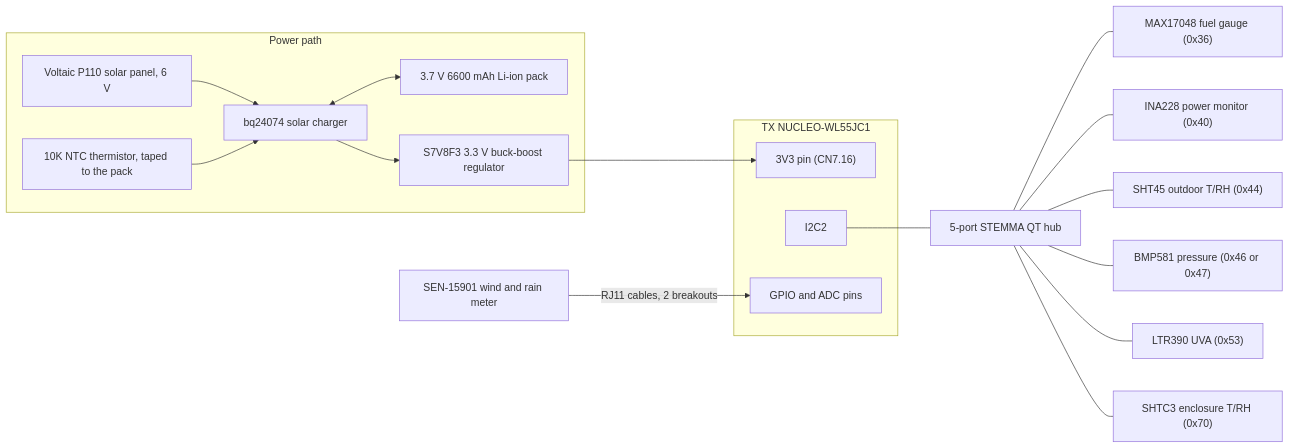
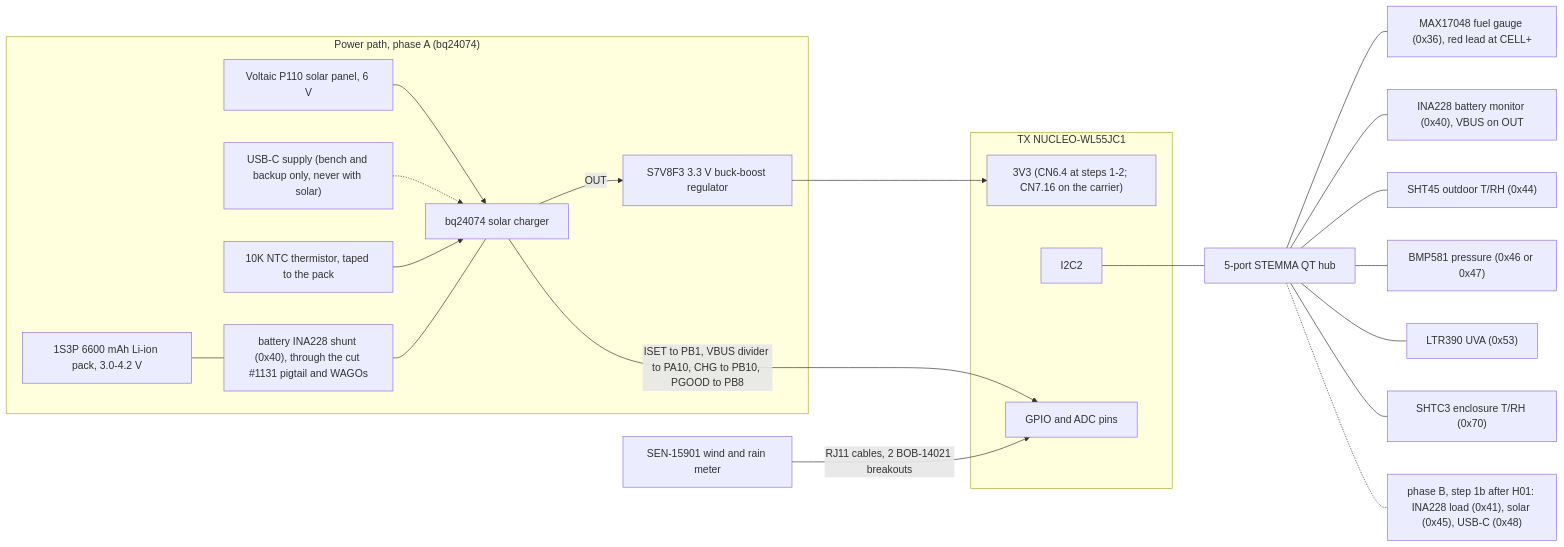
The diagram in docs/poc-shopping-list.md (clintecker/weather-station-2026), drawn with Mermaid before and after one commit. The commit also changed other lines of this file and 303 other files, not shown here.

````diff
--- a/docs/poc-shopping-list.md
+++ b/docs/poc-shopping-list.md
@@ -7,23 +12,27 @@
 ```mermaid
 flowchart LR
-  subgraph POWER["Power path"]
+  subgraph POWER["Power path, phase A (bq24074)"]
     PANEL["Voltaic P110 solar panel, 6 V"] --> CHG["bq24074 solar charger"]
+    USBC["USB-C supply (bench and backup only, never with solar)"] -.-> CHG
     NTC["10K NTC thermistor, taped to the pack"] --> CHG
-    CHG <--> BATT["3.7 V 6600 mAh Li-ion pack"]
-    CHG --> REG["S7V8F3 3.3 V buck-boost regulator"]
+    BATT["1S3P 6600 mAh Li-ion pack, 3.0-4.2 V"] --- SHUNT["battery INA228 shunt (0x40), through the cut #1131 pigtail and WAGOs"]
+    SHUNT --- CHG
+    CHG -->|"OUT"| REG["S7V8F3 3.3 V buck-boost regulator"]
   end
   subgraph NUCLEO["TX NUCLEO-WL55JC1"]
-    V33["3V3 pin (CN7.16)"]
+    V33["3V3 (CN6.4 at steps 1-2; CN7.16 on the carrier)"]
     I2C2["I2C2"]
     GPIO["GPIO and ADC pins"]
   end
   REG --> V33
+  CHG -->|"ISET to PB1, VBUS divider to PA10, CHG to PB10, PGOOD to PB8"| GPIO
   I2C2 --- HUB["5-port STEMMA QT hub"]
-  HUB --- FG["MAX17048 fuel gauge (0x36)"]
-  HUB --- PM["INA228 power monitor (0x40)"]
+  HUB --- FG["MAX17048 fuel gauge (0x36), red lead at CELL+"]
+  HUB --- PM["INA228 battery monitor (0x40), VBUS on OUT"]
   HUB --- SHT["SHT45 outdoor T/RH (0x44)"]
   HUB --- BMP["BMP581 pressure (0x46 or 0x47)"]
   HUB --- UV["LTR390 UVA (0x53)"]
   HUB --- SHTC["SHTC3 enclosure T/RH (0x70)"]
-  METER["SEN-15901 wind and rain meter"] -->|"RJ11 cables, 2 breakouts"| GPIO
+  HUB -.- PB["phase B, step 1b after H01: INA228 load (0x41), solar (0x45), USB-C (0x48)"]
+  METER["SEN-15901 wind and rain meter"] -->|"RJ11 cables, 2 BOB-14021 breakouts"| GPIO
 ```
````
